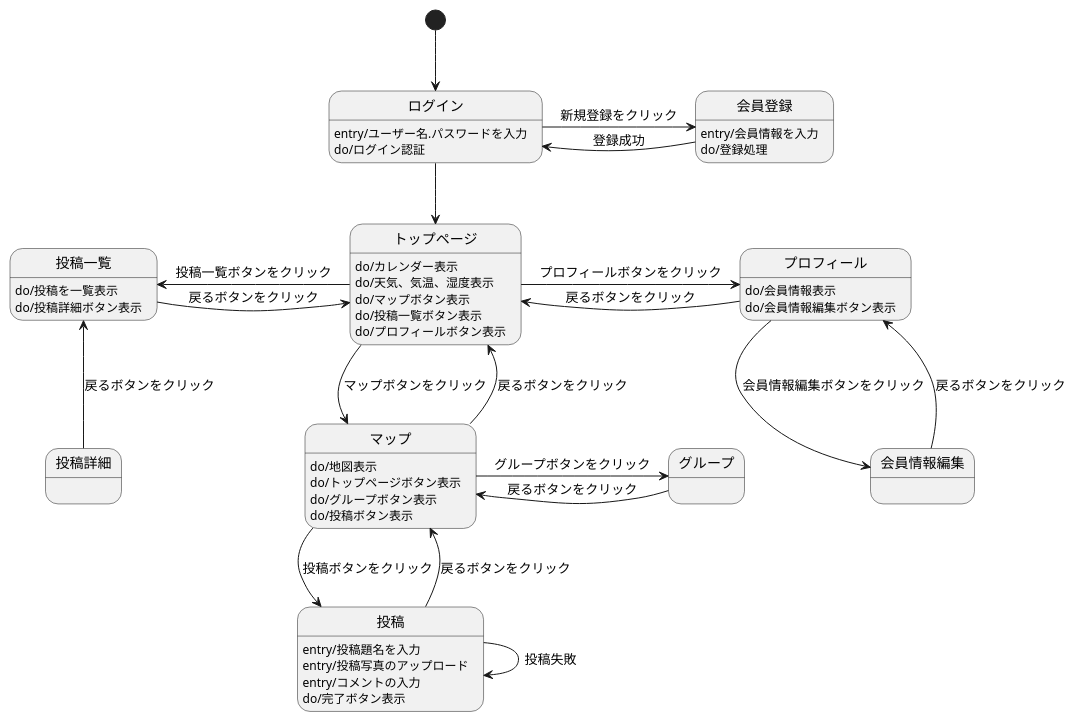
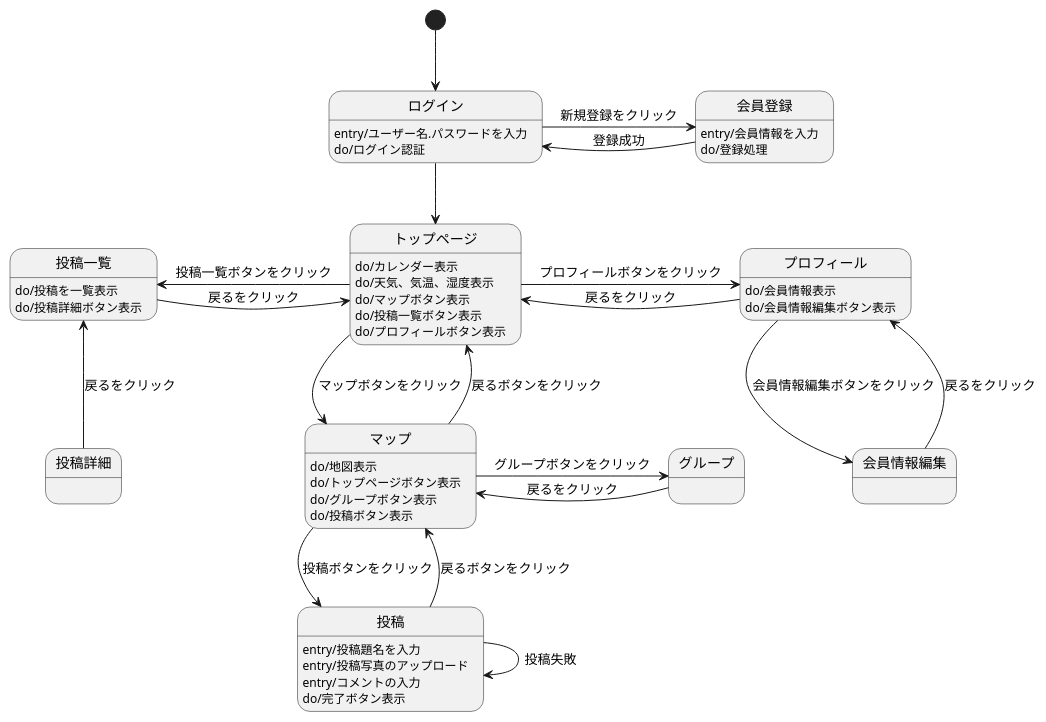
The diagram in 03_画面遷移図/画面遷移図.md (Aso2001031/System4_ver2.0), drawn with PlantUML before and after one commit.

````diff
--- a/03_画面遷移図/画面遷移図.md
+++ b/03_画面遷移図/画面遷移図.md
@@ -1,58 +1,58 @@
 ```uml
 @startuml
 
 [*] -down-> ログイン
 
 ログイン -down-> トップページ
 ログイン : entry/ユーザー名.パスワードを入力 
 ログイン : do/ログイン認証 
 ログイン -> 会員登録 : 新規登録をクリック
 
 会員登録 -> ログイン : 登録成功
 会員登録 : entry/会員情報を入力 
 会員登録 : do/登録処理
 
 トップページ : do/カレンダー表示
 トップページ : do/天気、気温、湿度表示
 トップページ : do/マップボタン表示
 トップページ : do/投稿一覧ボタン表示
 トップページ : do/プロフィールボタン表示
 トップページ -down-> マップ : マップボタンをクリック
 トップページ -left-> 投稿一覧 : 投稿一覧ボタンをクリック
 トップページ -right-> プロフィール :プロフィールボタンをクリック
 
 マップ -up-> トップページ : 戻るボタンをクリック
 マップ : do/地図表示
 マップ : do/トップページボタン表示
 マップ : do/グループボタン表示
 マップ : do/投稿ボタン表示
 マップ -down-> 投稿 : 投稿ボタンをクリック
 マップ -right-> グループ : グループボタンをクリック
 
-投稿一覧 -right-> トップページ : 戻るボタンをクリック
+投稿一覧 -right-> トップページ : 戻るをクリック
 投稿一覧 : do/投稿を一覧表示
 投稿一覧 : do/投稿詳細ボタン表示
 
-プロフィール -left-> トップページ : 戻るボタンをクリック
+プロフィール -left-> トップページ : 戻るをクリック
 プロフィール : do/会員情報表示
 プロフィール : do/会員情報編集ボタン表示
 プロフィール -down-> 会員情報編集 : 会員情報編集ボタンをクリック
 
 投稿 -up-> マップ : 戻るボタンをクリック
 投稿 : entry/投稿題名を入力
 投稿 : entry/投稿写真のアップロード
 投稿 : entry/コメントの入力
 投稿 : do/完了ボタン表示
 投稿 -down-> 投稿 : 投稿失敗
 
-グループ -left-> マップ : 戻るボタンをクリック 
+グループ -left-> マップ : 戻るをクリック 
 グループ : 
 
-投稿詳細 -up-> 投稿一覧 : 戻るボタンをクリック
+投稿詳細 -up-> 投稿一覧 : 戻るをクリック
 投稿詳細 : 
 
-会員情報編集 -up-> プロフィール : 戻るボタンをクリック
+会員情報編集 -up-> プロフィール : 戻るをクリック
 会員情報編集 : 
 
 @enduml
 ```
````
